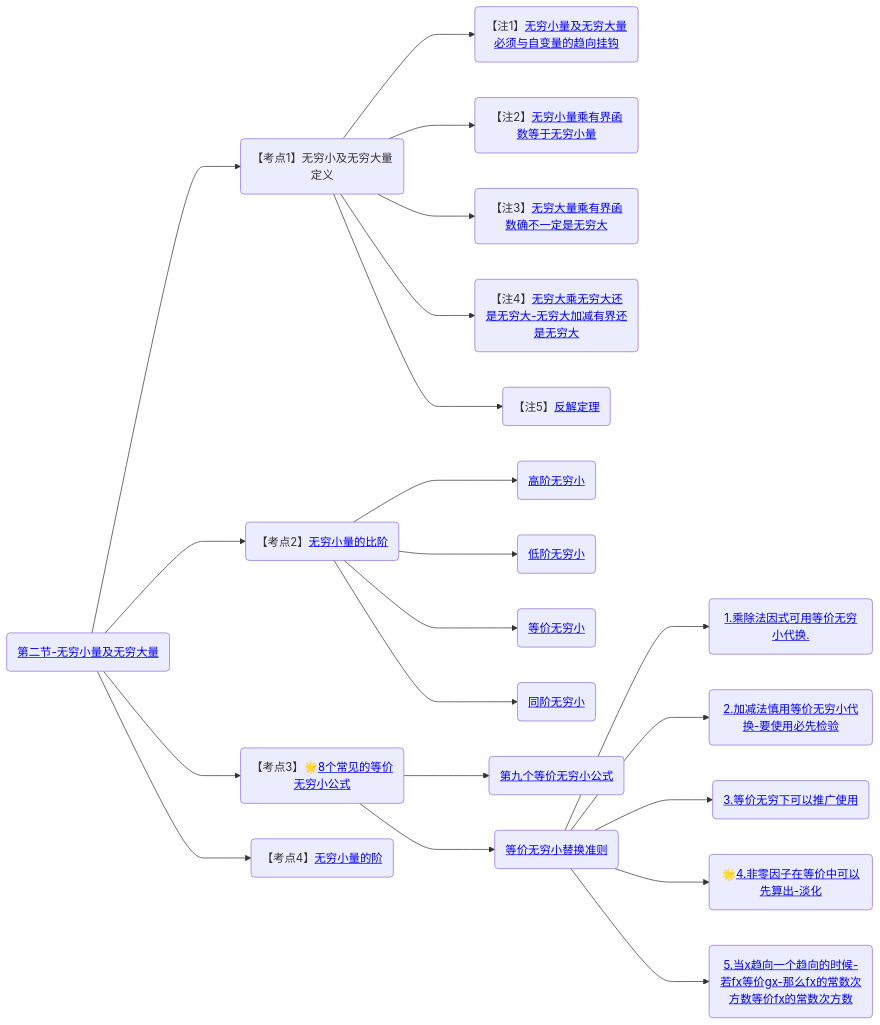
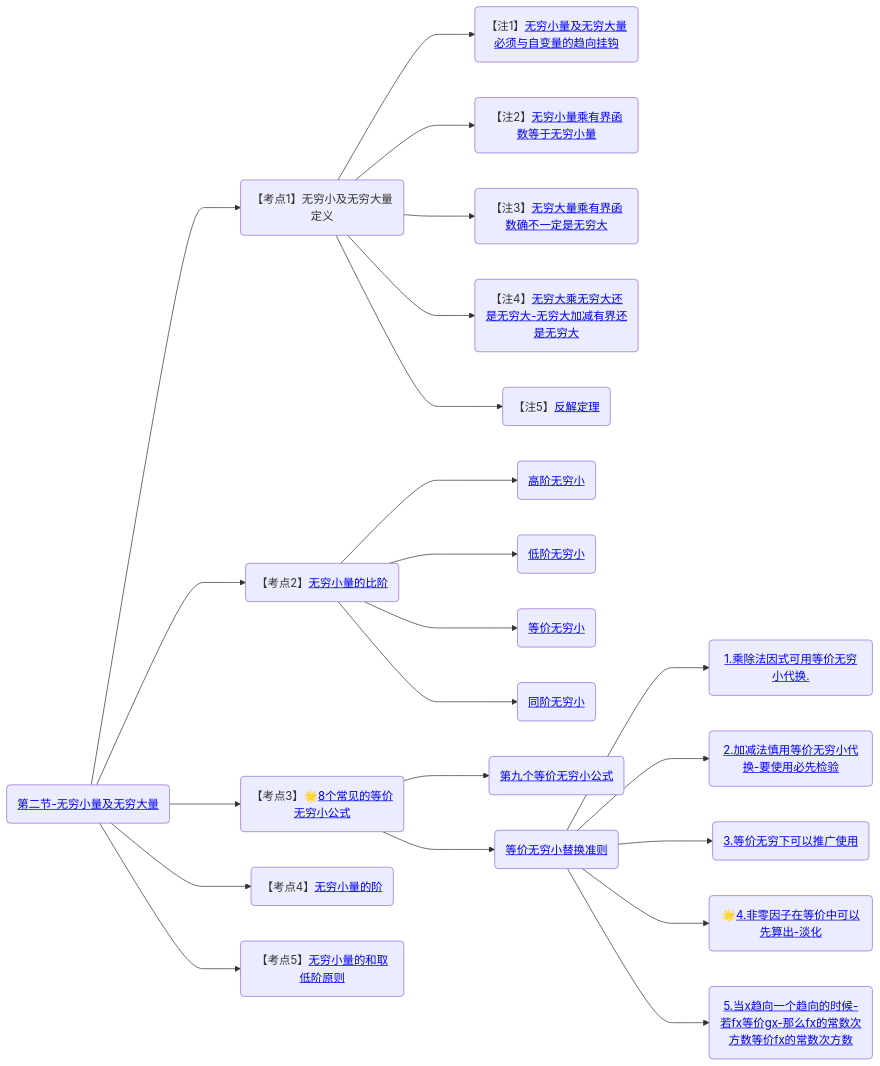
Before and after one commit to yuebinghui/note: the second of 2 diagrams in 笔记/数学/周洋鑫/基础班/00.大纲.md, drawn with Mermaid. The commit also changed 7 other files, not shown here.

````diff
--- a/笔记/数学/周洋鑫/基础班/00.大纲.md
+++ b/笔记/数学/周洋鑫/基础班/00.大纲.md
@@ -41,32 +41,34 @@
 ```mermaid
 graph LR
 
 第二节-无穷小量及无穷大量(<a href="/Users/yuebinghui/Documents/program/github/note/笔记/数学/周洋鑫/基础班/02.无穷小量及无穷大量.md#第二节-无穷小量及无穷大量">第二节-无穷小量及无穷大量</>)
 
 第二节-无穷小量及无穷大量--->无穷小及无穷大量定义(【考点1】无穷小及无穷大量定义)
 
 无穷小及无穷大量定义--->无穷小量及无穷大量必须与自变量的趋向挂钩(【注1】<a href="/Users/yuebinghui/Documents/program/github/note/笔记/数学/周洋鑫/基础班/02.无穷小量及无穷大量.md#无穷小量及无穷大量必须与自变量的趋向挂钩">无穷小量及无穷大量必须与自变量的趋向挂钩</>)
 无穷小及无穷大量定义--->无穷小量乘有界函数等于无穷小量(【注2】<a href="/Users/yuebinghui/Documents/program/github/note/笔记/数学/周洋鑫/基础班/02.无穷小量及无穷大量.md#无穷小量乘有界函数等于无穷小量">无穷小量乘有界函数等于无穷小量</>)
 无穷小及无穷大量定义--->无穷大量乘有界函数确不一定是无穷大(【注3】<a href="/Users/yuebinghui/Documents/program/github/note/笔记/数学/周洋鑫/基础班/02.无穷小量及无穷大量.md#无穷大量乘有界函数确不一定是无穷大">无穷大量乘有界函数确不一定是无穷大</>)
 无穷小及无穷大量定义--->无穷大乘无穷大还是无穷大-无穷大加减有界还是无穷大(【注4】<a href="/Users/yuebinghui/Documents/program/github/note/笔记/数学/周洋鑫/基础班/02.无穷小量及无穷大量.md#无穷大乘无穷大还是无穷大-无穷大加减有界还是无穷大">无穷大乘无穷大还是无穷大-无穷大加减有界还是无穷大</>)
 无穷小及无穷大量定义--->反解定理(【注5】<a href="/Users/yuebinghui/Documents/program/github/note/笔记/数学/周洋鑫/基础班/02.无穷小量及无穷大量.md#反解定理">反解定理</>)
 
 第二节-无穷小量及无穷大量--->无穷小量的比阶(【考点2】<a href="/Users/yuebinghui/Documents/program/github/note/笔记/数学/周洋鑫/基础班/02.无穷小量及无穷大量.md#无穷小量的比阶">无穷小量的比阶</>)
 无穷小量的比阶--->高阶无穷小(<a href="/Users/yuebinghui/Documents/program/github/note/笔记/数学/周洋鑫/基础班/02.无穷小量及无穷大量.md#高阶无穷小">高阶无穷小</>)
 无穷小量的比阶--->低阶无穷小(<a href="/Users/yuebinghui/Documents/program/github/note/笔记/数学/周洋鑫/基础班/02.无穷小量及无穷大量.md#低阶无穷小">低阶无穷小</>)
 无穷小量的比阶--->等价无穷小(<a href="/Users/yuebinghui/Documents/program/github/note/笔记/数学/周洋鑫/基础班/02.无穷小量及无穷大量.md#等价无穷小">等价无穷小</>)
 无穷小量的比阶--->同阶无穷小(<a href="/Users/yuebinghui/Documents/program/github/note/笔记/数学/周洋鑫/基础班/02.无穷小量及无穷大量.md#同阶无穷小">同阶无穷小</>)
 
 第二节-无穷小量及无穷大量--->8个常见的等价无穷小公式(【考点3】🌟<a href="/Users/yuebinghui/Documents/program/github/note/笔记/数学/周洋鑫/基础班/02.无穷小量及无穷大量.md#8个常见的等价无穷小公式">8个常见的等价无穷小公式</>)
 8个常见的等价无穷小公式--->第九个等价无穷小公式(<a href="/Users/yuebinghui/Documents/program/github/note/笔记/数学/周洋鑫/基础班/02.无穷小量及无穷大量.md#第九个等价无穷小公式">第九个等价无穷小公式</>)
 8个常见的等价无穷小公式--->等价无穷小替换准则(<a href="/Users/yuebinghui/Documents/program/github/note/笔记/数学/周洋鑫/基础班/02.无穷小量及无穷大量.md#等价无穷小替换准则">等价无穷小替换准则</>)
 等价无穷小替换准则--->1.乘除法因式可用等价无穷小代换.(<a href="/Users/yuebinghui/Documents/program/github/note/笔记/数学/周洋鑫/基础班/02.无穷小量及无穷大量.md#1.乘除法因式可用等价无穷小代换.">1.乘除法因式可用等价无穷小代换.</>)
 等价无穷小替换准则--->2.加减法慎用等价无穷小代换-要使用必先检验(<a href="/Users/yuebinghui/Documents/program/github/note/笔记/数学/周洋鑫/基础班/02.无穷小量及无穷大量.md#2.加减法慎用等价无穷小代换-要使用必先检验">2.加减法慎用等价无穷小代换-要使用必先检验</>)
 等价无穷小替换准则--->3.等价无穷下可以推广使用(<a href="/Users/yuebinghui/Documents/program/github/note/笔记/数学/周洋鑫/基础班/02.无穷小量及无穷大量.md#3.等价无穷下可以推广使用">3.等价无穷下可以推广使用</>)
 等价无穷小替换准则--->4.非零因子在等价中可以先算出-淡化(🌟<a href="/Users/yuebinghui/Documents/program/github/note/笔记/数学/周洋鑫/基础班/02.无穷小量及无穷大量.md#4.非零因子在等价中可以先算出-淡化">4.非零因子在等价中可以先算出-淡化</>)
 等价无穷小替换准则--->5.当x趋向一个趋向的时候-若fx等价gx-那么fx的常数次方数等价fx的常数次方数(<a href="/Users/yuebinghui/Documents/program/github/note/笔记/数学/周洋鑫/基础班/02.无穷小量及无穷大量.md#5.当x趋向一个趋向的时候-若fx等价gx-那么fx的常数次方数等价fx的常数次方数">5.当x趋向一个趋向的时候-若fx等价gx-那么fx的常数次方数等价fx的常数次方数</>)
 
 第二节-无穷小量及无穷大量--->无穷小量的阶(【考点4】<a href="/Users/yuebinghui/Documents/program/github/note/笔记/数学/周洋鑫/基础班/02.无穷小量及无穷大量.md#无穷小量的阶">无穷小量的阶</>)
 
+第二节-无穷小量及无穷大量--->无穷小量的和取低阶原则(【考点5】<a href="/Users/yuebinghui/Documents/program/github/note/笔记/数学/周洋鑫/基础班/02.无穷小量及无穷大量.md#无穷小量的和取低阶原则">无穷小量的和取低阶原则</>)
+
 
 ```
````
